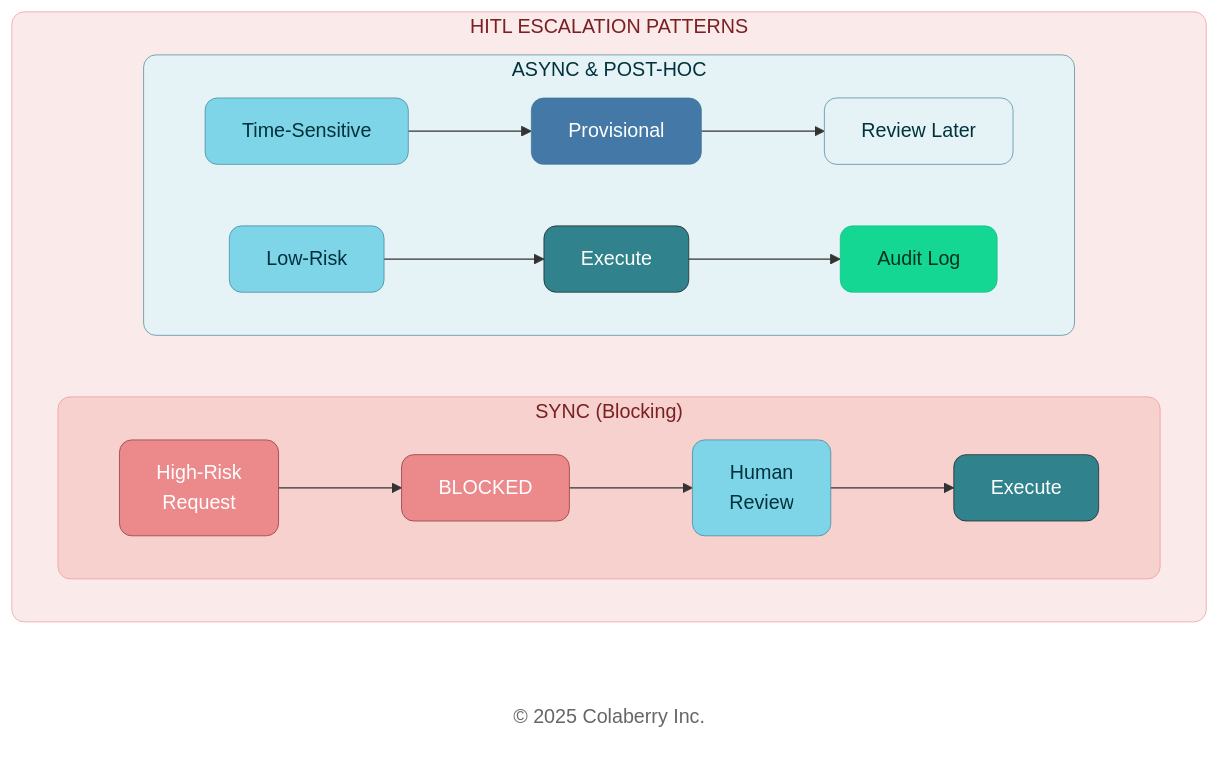
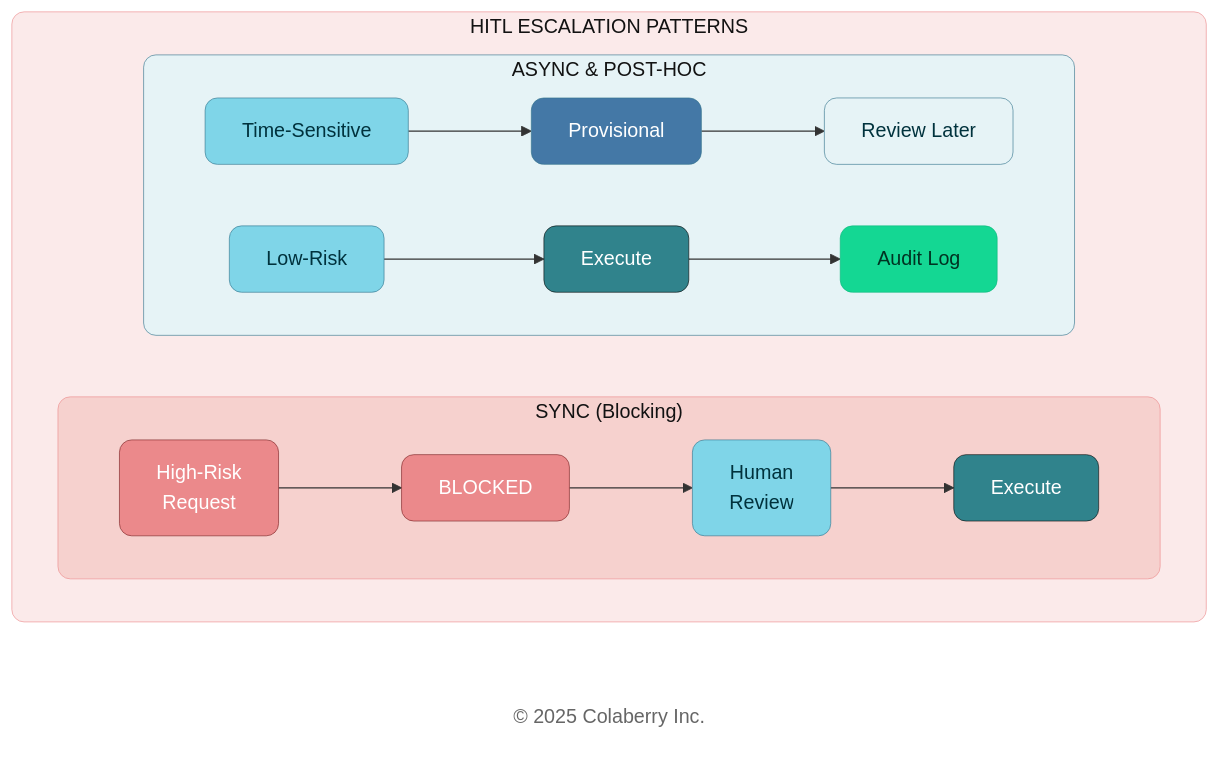
Before and after one commit to saitejesh-cyber/trust-before-intelligence-book: the sixth of 14 diagrams in manuscript/07_chapter_6_transparency_orchestration_layers.md, drawn with Mermaid. The commit also changed other lines of this file and 12 other files, not shown here.

````diff
--- a/manuscript/07_chapter_6_transparency_orchestration_layers.md
+++ b/manuscript/07_chapter_6_transparency_orchestration_layers.md
@@ -501,35 +501,35 @@
 ```mermaid
 
 graph LR
     subgraph HITL["HITL ESCALATION PATTERNS"]
         direction LR
         subgraph SYNC["SYNC (Blocking)"]
             direction LR
             S1["High-Risk<br/>Request"] --> S2["BLOCKED"] --> S3["Human<br/>Review"] --> S4["Execute"]
         end
         
         subgraph ASYNC["ASYNC & POST-HOC"]
             direction LR
             A1["Time-Sensitive"] --> A2["Provisional"] --> A3["Review Later"]
             P1["Low-Risk"] --> P2["Execute"] --> P3["Audit Log"]
         end
     end
     
     Copyright["© 2025 Colaberry Inc."]
     
-    style HITL fill:#FBEAEA,stroke:#EB898B,stroke-width:0.5px,color:#7A1F22,rx:10,ry:10
-    style SYNC fill:#F6D1CE,stroke:#EB898B,stroke-width:0.5px,color:#7A1F22,rx:10,ry:10
-    style ASYNC fill:#E6F3F6,stroke:#32738C,stroke-width:0.5px,color:#00323D,rx:10,ry:10
+    style HITL fill:#FBEAEA,stroke:#EB898B,stroke-width:0.5px,color:#121212,rx:10,ry:10
+    style SYNC fill:#F6D1CE,stroke:#EB898B,stroke-width:0.5px,color:#121212,rx:10,ry:10
+    style ASYNC fill:#E6F3F6,stroke:#32738C,stroke-width:0.5px,color:#121212,rx:10,ry:10
     style S1 fill:#EB898B,color:#ffffff,stroke:#7A1F22,stroke-width:0.5px,rx:10,ry:10
     style S2 fill:#EB898B,color:#ffffff,stroke:#7A1F22,stroke-width:0.5px,rx:10,ry:10
     style S3 fill:#7FD5E8,stroke:#32738C,stroke-width:0.5px,color:#00323D,rx:10,ry:10
     style S4 fill:#30838C,color:#ffffff,stroke:#0D0D0D,stroke-width:0.5px,rx:10,ry:10
     style A1 fill:#7FD5E8,stroke:#32738C,stroke-width:0.5px,color:#00323D,rx:10,ry:10
     style A2 fill:#4478A6,stroke:#32738C,stroke-width:0.5px,color:#ffffff,rx:10,ry:10
     style A3 fill:#E6F3F6,stroke:#32738C,stroke-width:0.5px,color:#00323D,rx:10,ry:10
     style P1 fill:#7FD5E8,stroke:#32738C,stroke-width:0.5px,color:#00323D,rx:10,ry:10
     style P2 fill:#30838C,color:#ffffff,stroke:#0D0D0D,stroke-width:0.5px,rx:10,ry:10
     style P3 fill:#14D793,color:#003322,stroke:#0FB67D,stroke-width:0.5px,rx:10,ry:10
     style Copyright fill:none,stroke:none,color:#666666
 
 ```
````
